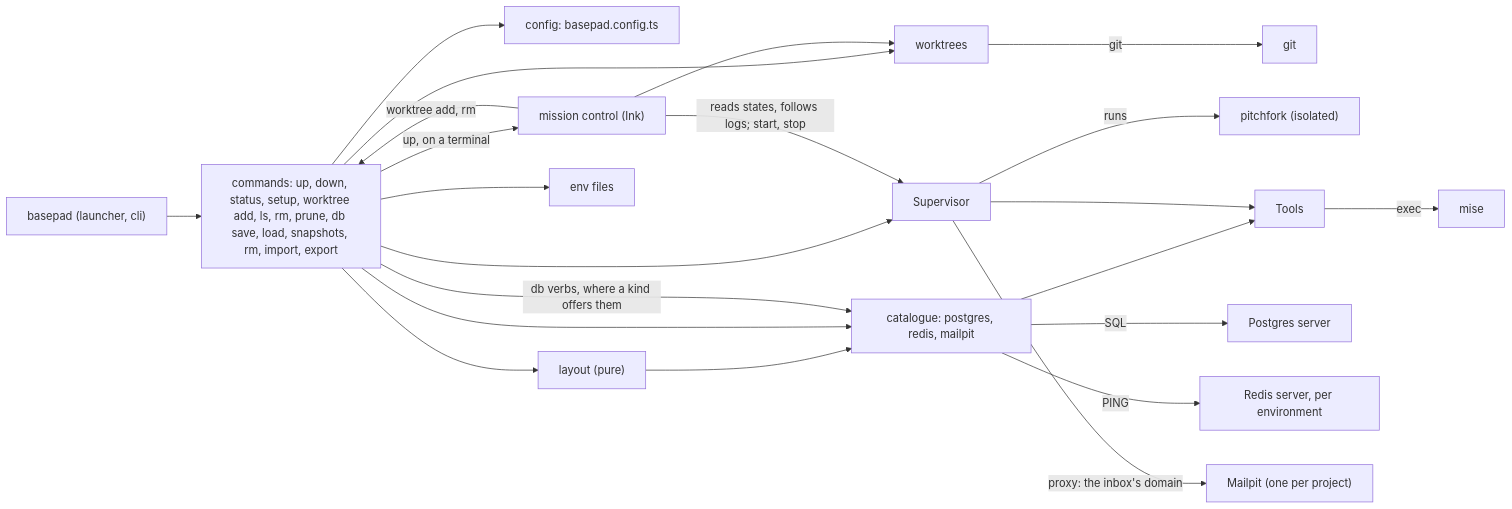
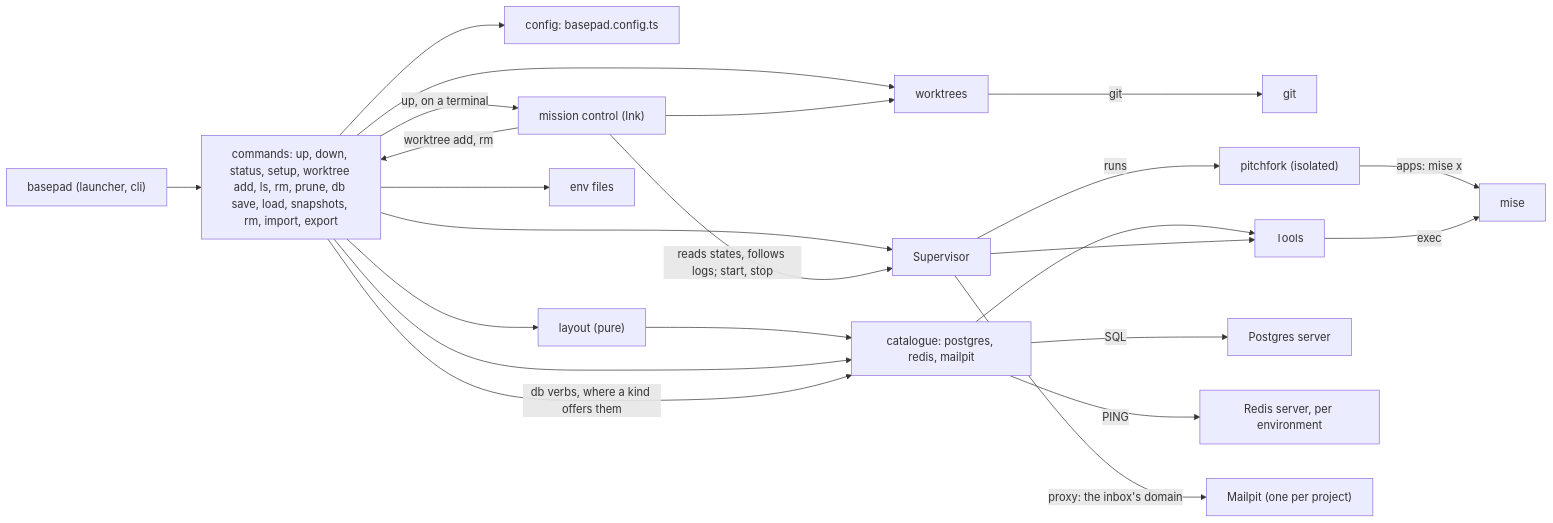
One commit to Aysnc-Labs/basepad changed the diagram in docs/feature-map.md. Above: the diagram before and after it, drawn with Mermaid. The commit also changed other lines of this file, not shown here.

First line of the commit message:
List the mise wrapper under up in the feature map

````diff
--- a/docs/feature-map.md
+++ b/docs/feature-map.md
@@ -12,24 +12,25 @@
 ```mermaid
 flowchart LR
   CLI["basepad (launcher, cli)"] --> Commands["commands: up, down, status, setup, worktree add, ls, rm, prune, db save, load, snapshots, rm, import, export"]
   Commands --> Worktrees["worktrees"]
   Worktrees -- "git" --> Git["git"]
   Commands --> Config["config: basepad.config.ts"]
   Commands --> Layout["layout (pure)"]
   Layout --> Catalogue
   Commands --> Catalogue["catalogue: postgres, redis, mailpit"]
   Commands -- "db verbs, where a kind offers them" --> Catalogue
   Commands --> Supervisor
   Commands -- "up, on a terminal" --> MissionControl["mission control (Ink)"]
   MissionControl -- "reads states, follows logs; start, stop" --> Supervisor
   MissionControl --> Worktrees
   MissionControl -- "worktree add, rm" --> Commands
   Commands --> EnvFiles["env files"]
   Supervisor -- "runs" --> Pitchfork["pitchfork (isolated)"]
+  Pitchfork -- "apps: mise x" --> Mise
   Catalogue --> Tools
   Supervisor --> Tools
   Tools -- "exec" --> Mise["mise"]
   Catalogue -- "SQL" --> Postgres["Postgres server"]
   Catalogue -- "PING" --> Redis["Redis server, per environment"]
   Supervisor -- "proxy: the inbox's domain" --> Mailpit["Mailpit (one per project)"]
 ```
````
